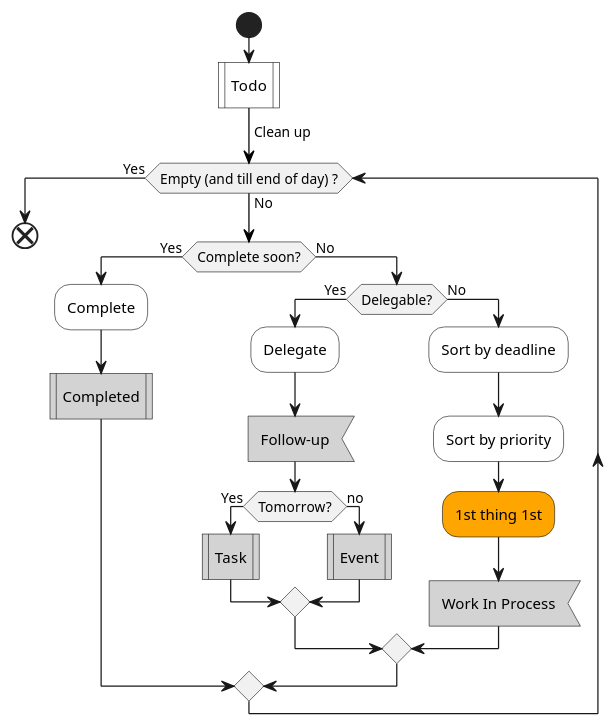
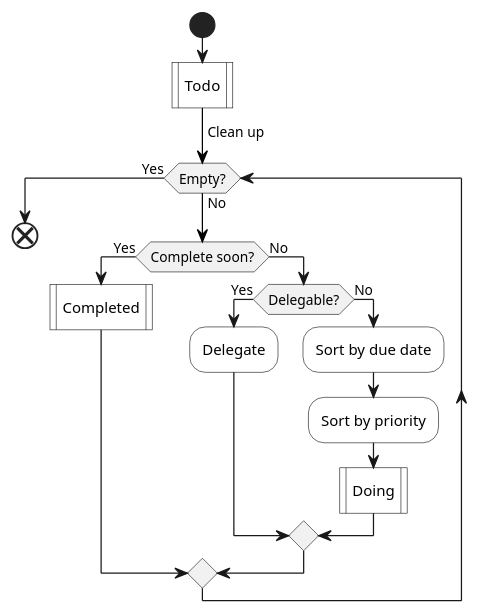
The third of 5 diagrams in lifelogs/rehabilitation.md (IceHe/icehe-lib), drawn with PlantUML before and after one commit. The commit also changed other lines of this file and 1 other file, not shown here.

````diff
--- a/lifelogs/rehabilitation.md
+++ b/lifelogs/rehabilitation.md
@@ -297,29 +322,31 @@
 ```plantuml
 @startuml
 start
 #white:Todo|
 -[#black]-> Clean up;
-while (Empty (and till end of day) ?) is (No)
+while (Empty?) is (No)
     if (Complete soon?) then (Yes)
-        #white:Complete;
-        #lightGray:Completed|
+        #white:Completed|
+        '#white:Complete;
+        '#lightGray:Completed|
     else (No)
         if (Delegable?) then (Yes)
             #white:Delegate;
-            #lightGray:Follow-up<
-            if (Tomorrow?) then (Yes)
-                #lightGray:Task|
-            else (no)
-                #lightGray:Event|
-            endif
+            '#lightGray:Follow-up<
+            'if (Tomorrow?) then (Yes)
+            '    #lightGray:Task|
+            'else (no)
+            '    #lightGray:Event|
+            'endif
         else (No)
-            #white:Sort by deadline;
+            #white:Sort by due date;
             #white:Sort by priority;
-            #orange:1st thing 1st;
-            #lightGray:Work In Process<
+            #white:Doing|
+            '#orange:1st thing 1st;
+            '#lightGray:Work In Process<
         endif
     endif
 endwhile (Yes)
 end
 @enduml
 ```
````
